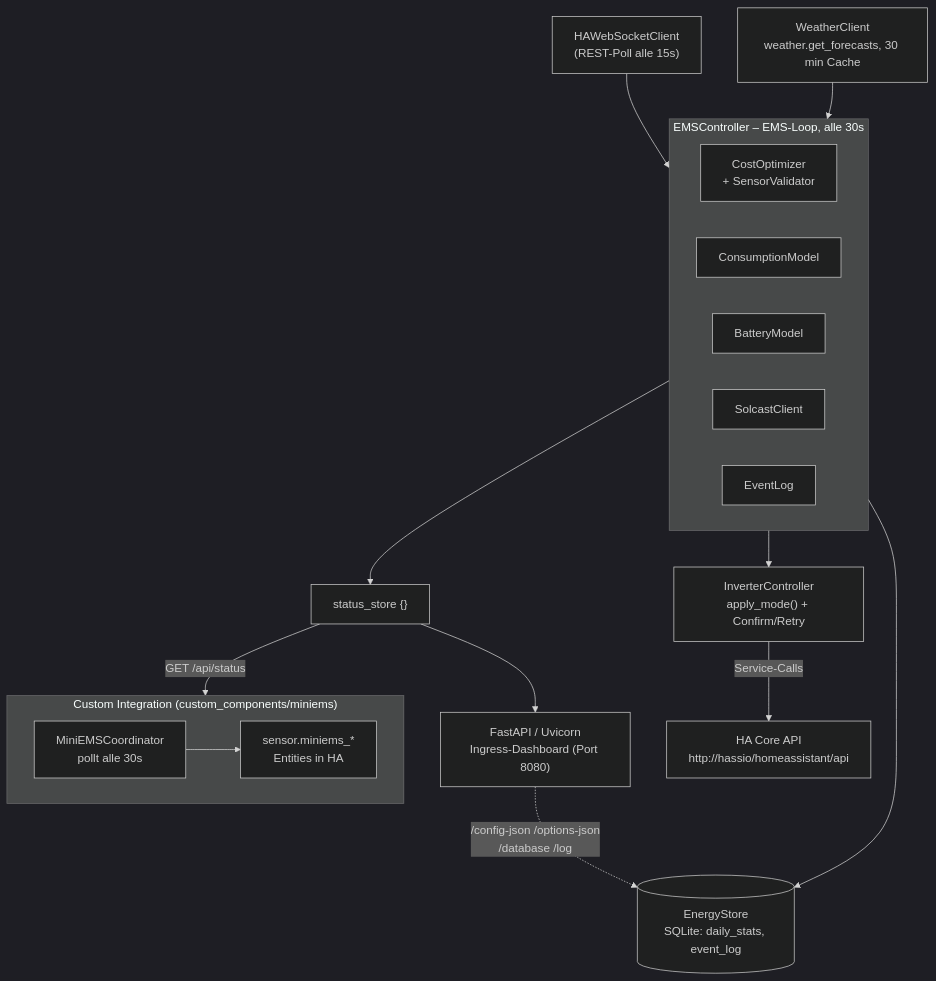
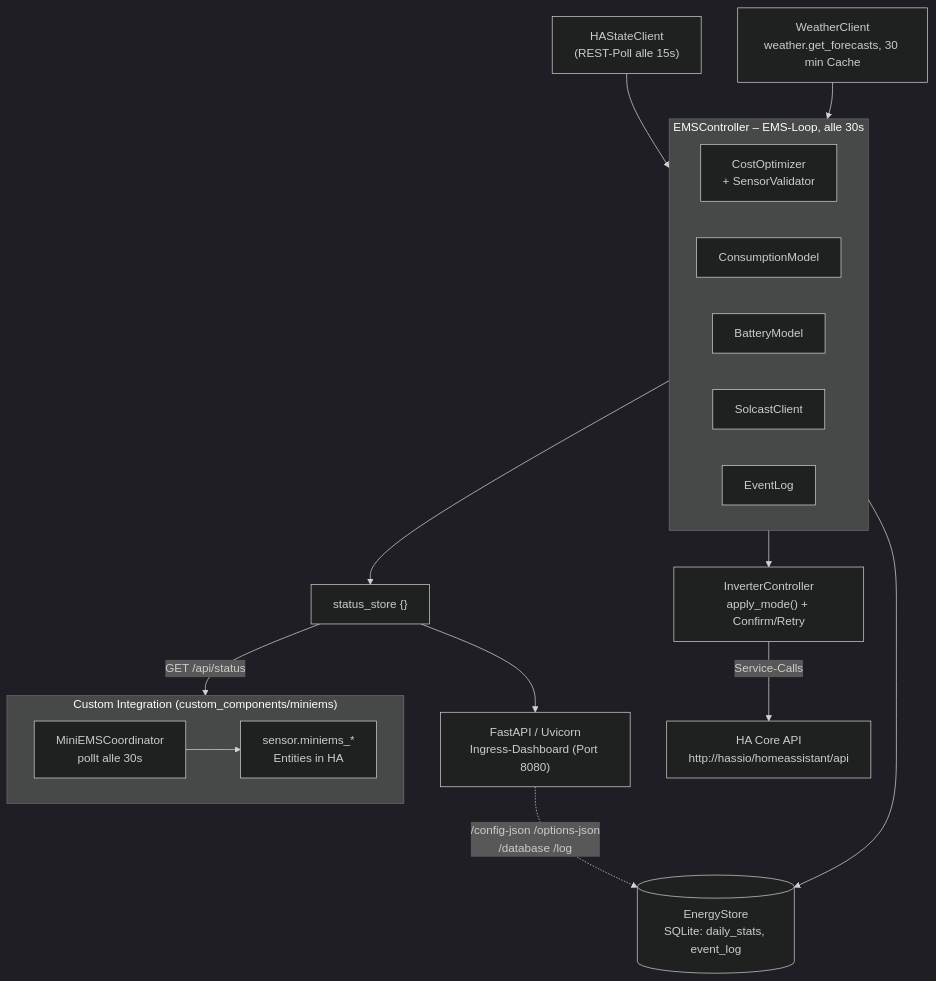
The first of 3 diagrams in docs/technical/architecture.md (GuidoJeuken-6512/miniEMS), drawn with Mermaid (dark theme) before and after one commit. The commit also changed other lines of this file and 20 other files, not shown here.

First line of the commit message:
v2.0.16: HAWebSocketClient zu HAStateClient umbenannt (kein Verhalten)

````diff
--- a/docs/technical/architecture.md
+++ b/docs/technical/architecture.md
@@ -9,29 +9,29 @@
 ```mermaid
 flowchart TB
-    WS["HAWebSocketClient<br/>(REST-Poll alle 15s)"] --> EC
+    WS["HAStateClient<br/>(REST-Poll alle 15s)"] --> EC
     WEATHER["WeatherClient<br/>weather.get_forecasts, 30 min Cache"] --> EC
 
     subgraph EC["EMSController – EMS-Loop, alle 30s"]
         direction LR
         CO["CostOptimizer<br/>+ SensorValidator"]
         CM["ConsumptionModel"]
         BM["BatteryModel"]
         SOL["SolcastClient"]
         EL["EventLog"]
     end
 
     EC --> INV["InverterController<br/>apply_mode() + Confirm/Retry"]
     EC --> STORE[("EnergyStore<br/>SQLite: daily_stats, event_log")]
     EC --> SS["status_store {}"]
 
     SS --> WEB["FastAPI / Uvicorn<br/>Ingress-Dashboard (Port 8080)"]
     SS -->|"GET /api/status"| COORD
 
     INV -->|"Service-Calls"| HA["HA Core API<br/>http://hassio/homeassistant/api"]
     WEB -.->|"/config-json /options-json<br/>/database /log"| STORE
 
     subgraph Integration["Custom Integration (custom_components/miniems)"]
         direction LR
         COORD["MiniEMSCoordinator<br/>pollt alle 30s"] --> SENSORS["sensor.miniems_*<br/>Entities in HA"]
     end
 ```
````
